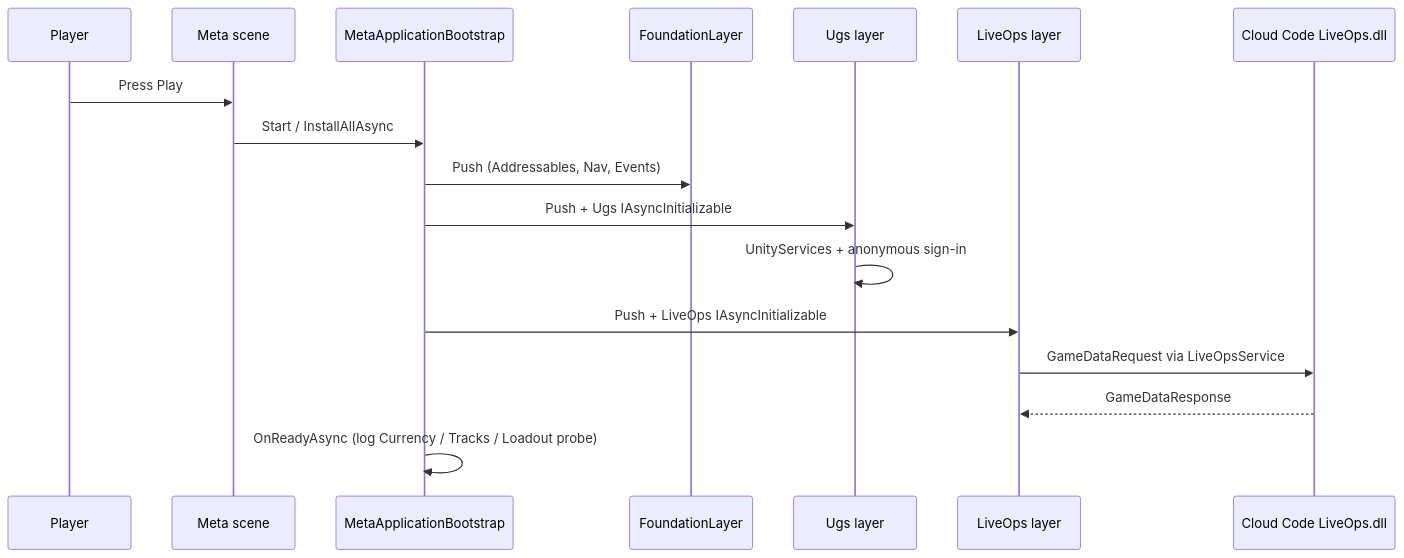
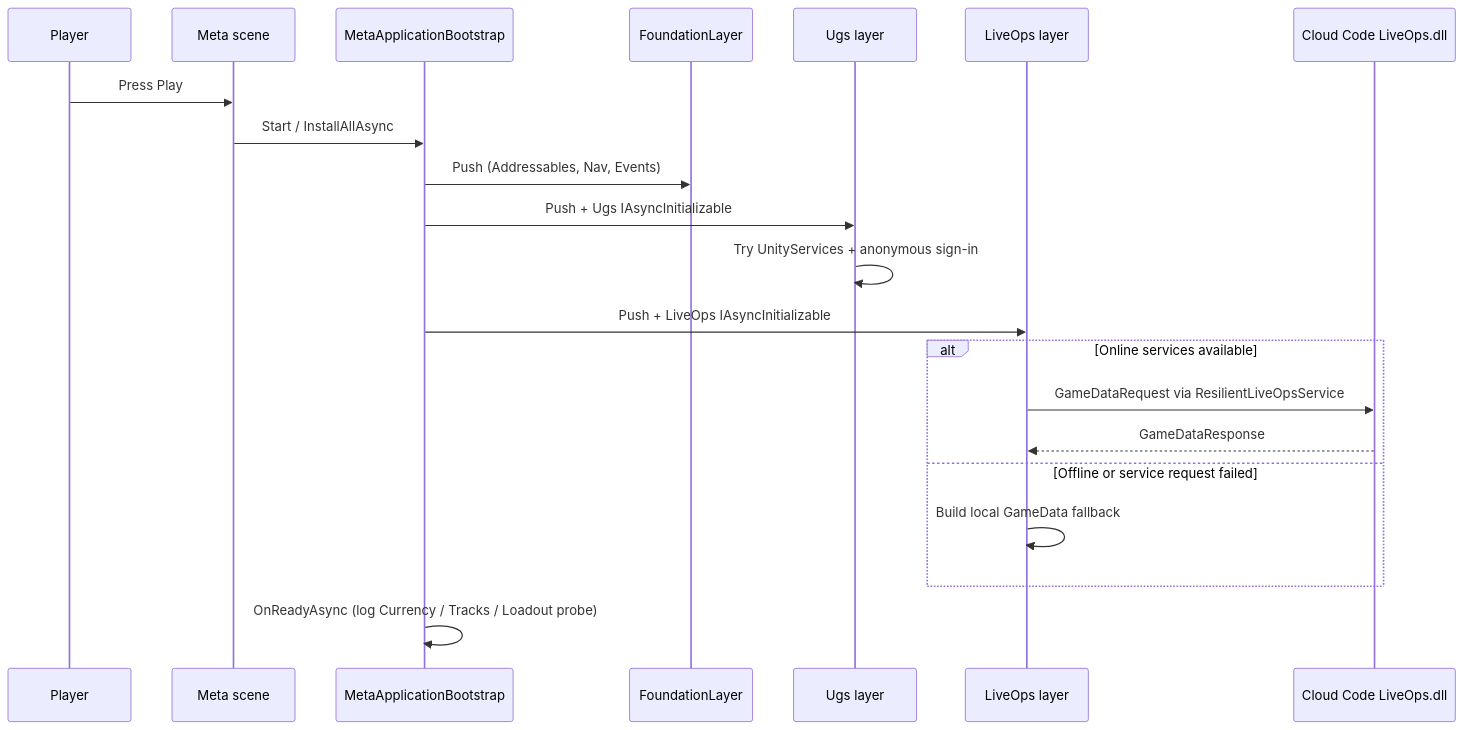
Before and after one commit to DuckDuckWeasel/Gear-Engine: the second of 2 diagrams in Docs/LiveOps/Bootstrap.md, drawn with Mermaid. The commit also changed other lines of this file and 18 other files, not shown here.

Commit message:
feat(bootstrap): add resilient offline live ops

````diff
--- a/Docs/LiveOps/Bootstrap.md
+++ b/Docs/LiveOps/Bootstrap.md
@@ -45,20 +45,24 @@
 ```mermaid
 sequenceDiagram
     participant Player
     participant Meta as Meta scene
     participant Boot as MetaApplicationBootstrap
     participant Found as FoundationLayer
     participant UGS as Ugs layer
     participant Lo as LiveOps layer
     participant Server as Cloud Code LiveOps.dll
 
     Player->>Meta: Press Play
     Meta->>Boot: Start / InstallAllAsync
     Boot->>Found: Push (Addressables, Nav, Events)
     Boot->>UGS: Push + Ugs IAsyncInitializable
-    UGS->>UGS: UnityServices + anonymous sign-in
+    UGS->>UGS: Try UnityServices + anonymous sign-in
     Boot->>Lo: Push + LiveOps IAsyncInitializable
-    Lo->>Server: GameDataRequest via LiveOpsService
-    Server-->>Lo: GameDataResponse
+    alt Online services available
+        Lo->>Server: GameDataRequest via ResilientLiveOpsService
+        Server-->>Lo: GameDataResponse
+    else Offline or service request failed
+        Lo->>Lo: Build local GameData fallback
+    end
     Boot->>Boot: OnReadyAsync (log Currency / Tracks / Loadout probe)
 ```
````
